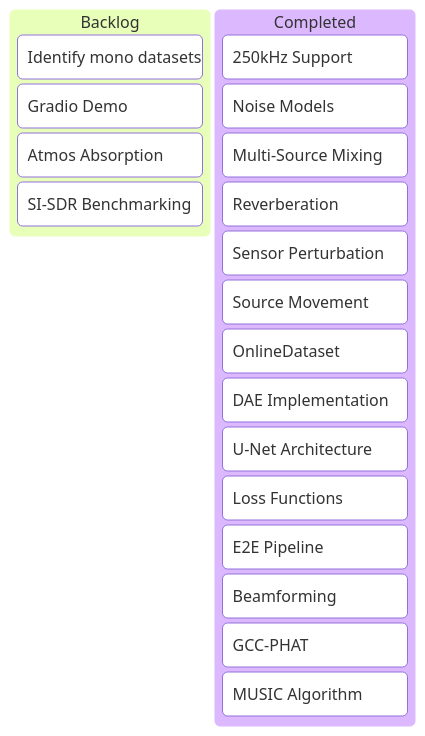
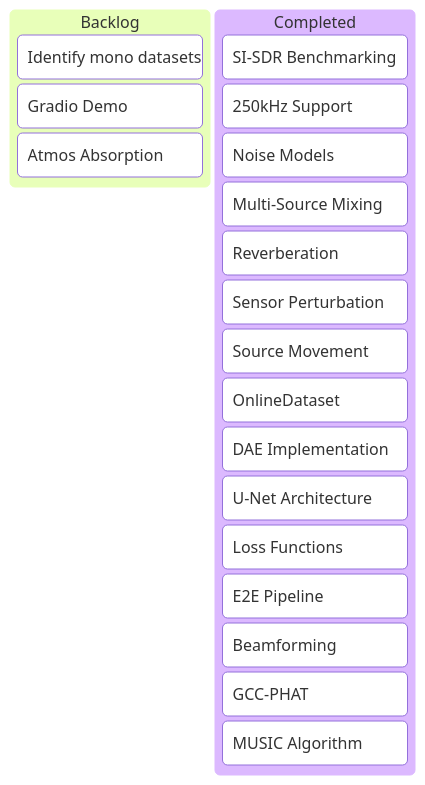
One commit to paulmziegler/BioCPPNet changed the diagram in docs/BioCPPNet/KANBAN.md. Above: the diagram before and after it, drawn with Mermaid. The commit also changed other lines of this file and 4 other files, not shown here.

````diff
--- a/docs/BioCPPNet/KANBAN.md
+++ b/docs/BioCPPNet/KANBAN.md
@@ -9,23 +9,23 @@
 ```mermaid
 kanban
   Backlog
     [Identify mono datasets]
     [Gradio Demo]
     [Atmos Absorption]
+  Completed
     [SI-SDR Benchmarking]
-  Completed
     [250kHz Support]
     [Noise Models]
     [Multi-Source Mixing]
     [Reverberation]
     [Sensor Perturbation]
     [Source Movement]
     [OnlineDataset]
     [DAE Implementation]
     [U-Net Architecture]
     [Loss Functions]
     [E2E Pipeline]
     [Beamforming]
     [GCC-PHAT]
     [MUSIC Algorithm]
 ```
````
